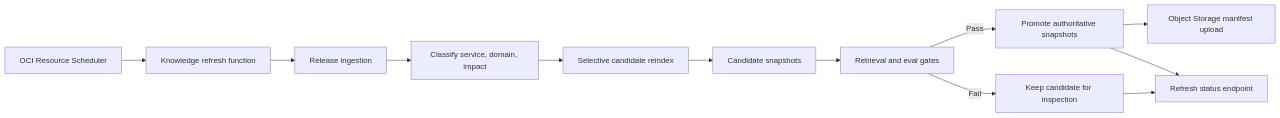
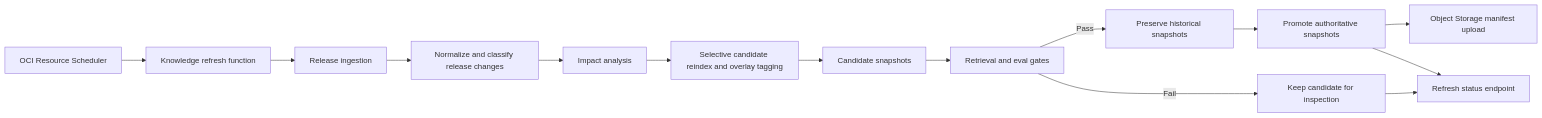
One commit to BfShaik/OCI-Architecture-Studio changed the diagram in docs/continuous-intelligence-operations.md. Above: the diagram before and after it, drawn with Mermaid. The commit also changed other lines of this file and 17 other files, not shown here.

Commit message:
Add release intelligence impact analysis

````diff
--- a/docs/continuous-intelligence-operations.md
+++ b/docs/continuous-intelligence-operations.md
@@ -17,14 +17,16 @@
 ```mermaid
 flowchart LR
     A["OCI Resource Scheduler"] --> B["Knowledge refresh function"]
     B --> C["Release ingestion"]
-    C --> D["Classify service, domain, impact"]
-    D --> E["Selective candidate reindex"]
-    E --> F["Candidate snapshots"]
-    F --> G["Retrieval and eval gates"]
-    G -->|Pass| H["Promote authoritative snapshots"]
-    G -->|Fail| I["Keep candidate for inspection"]
-    H --> J["Object Storage manifest upload"]
-    H --> K["Refresh status endpoint"]
-    I --> K
+    C --> D["Normalize and classify release changes"]
+    D --> E["Impact analysis"]
+    E --> F["Selective candidate reindex and overlay tagging"]
+    F --> G["Candidate snapshots"]
+    G --> H["Retrieval and eval gates"]
+    H -->|Pass| I["Preserve historical snapshots"]
+    I --> J["Promote authoritative snapshots"]
+    H -->|Fail| K["Keep candidate for inspection"]
+    J --> L["Object Storage manifest upload"]
+    J --> M["Refresh status endpoint"]
+    K --> M
 ```
````
